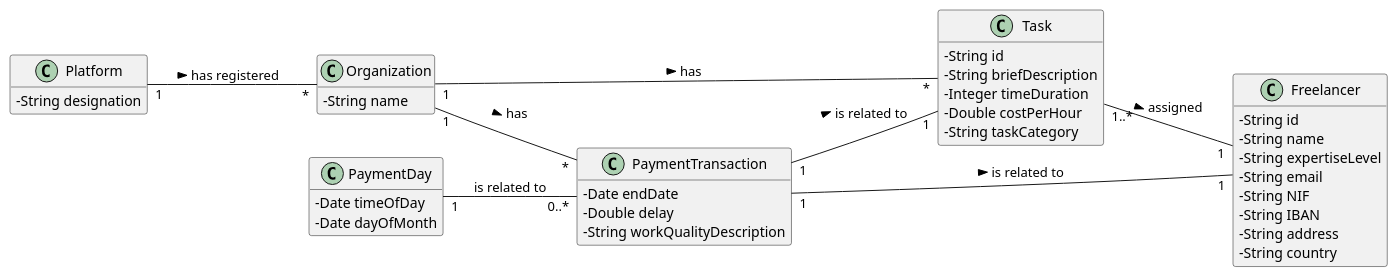
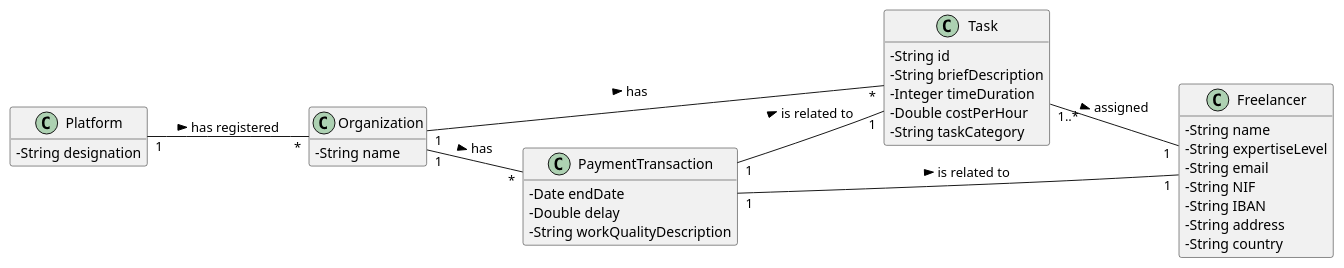
Before and after one commit to pedrolemos4/LAPR2: the diagram in docs/UC10 - Notify delayed freelancers (automatically)/UC10_MD.puml, drawn with PlantUML. The commit also changed 3 other files, not shown here.

```diff
--- a/docs/UC10 - Notify delayed freelancers (automatically)/UC10_MD.puml
+++ b/docs/UC10 - Notify delayed freelancers (automatically)/UC10_MD.puml
@@ -1,57 +1,49 @@
 @startuml
 skinparam classAttributeIconSize 0
 hide methods
 left to right direction
 
 class Platform {
   -String designation
 }
 
 class Organization {
   -String name
 }
 
 class Freelancer {
-  -String id
   -String name
   -String expertiseLevel
   -String email
   -String NIF
   -String IBAN
   -String address
   -String country
   }
 
 class Task {
  -String id
  -String briefDescription
  -Integer timeDuration
  -Double costPerHour
  -String taskCategory
 }
 
 class PaymentTransaction{
  -Date endDate
  -Double delay
  -String workQualityDescription
 }
 
-class PaymentDay {
-  -Date timeOfDay
-  -Date dayOfMonth
-}
-
 Platform "1" -- "*" Organization : has registered >
 
 Organization "1" -- "*" Task: has >
 Organization "1" -- "*" PaymentTransaction: has >
 
 PaymentTransaction "1" -- "1" Freelancer: is related to >
 PaymentTransaction "1" -- "1" Task: is related to >
 
 Task "1..*" -- "1" Freelancer: assigned >
 
-PaymentDay "1" -- "0..*" PaymentTransaction : is related to
-
 
 @enduml
```
